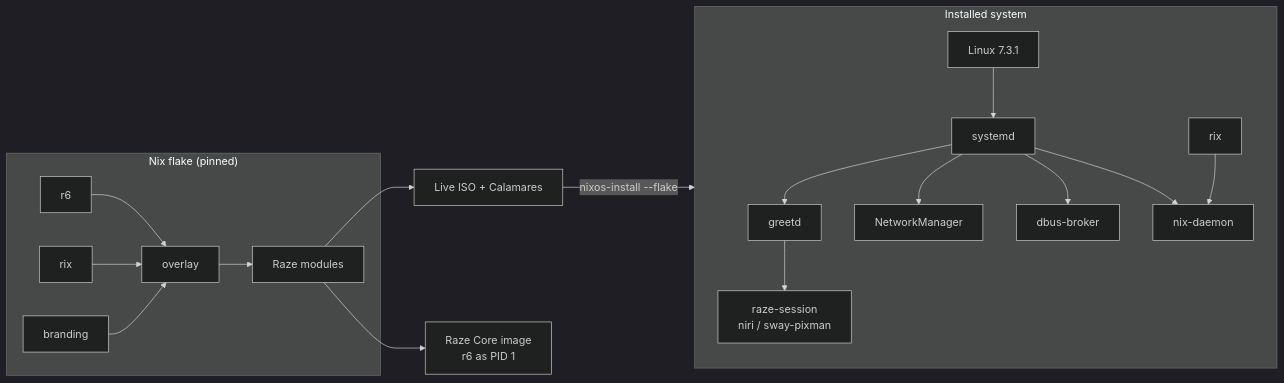
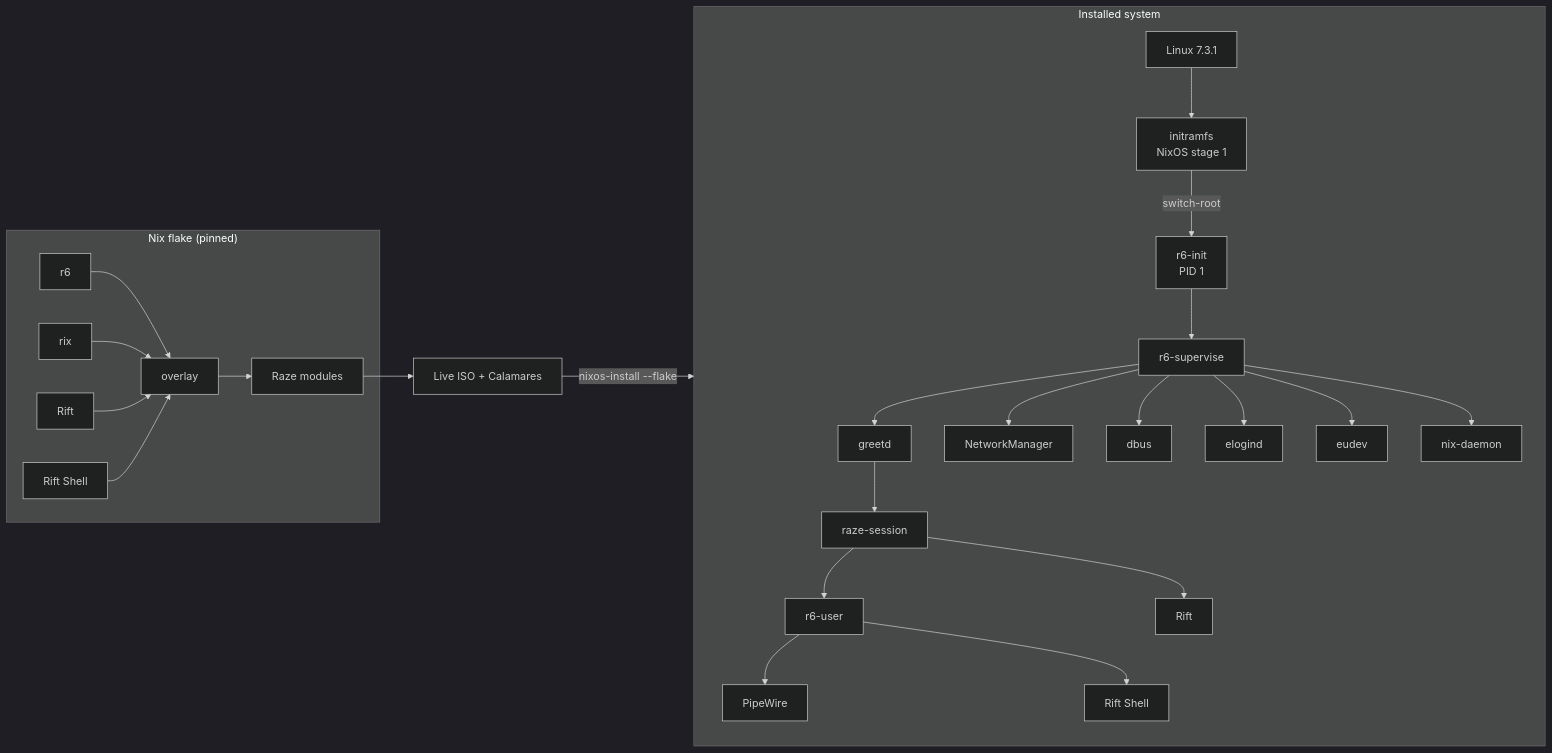
The diagram in README.md (SwashX-dev/Raze-Linux), drawn with Mermaid (dark theme) before and after one commit. The commit also changed other lines of this file and 6 other files, not shown here.

````diff
--- a/README.md
+++ b/README.md
@@ -84,14 +89,15 @@
 ```mermaid
 flowchart LR
   subgraph Build["Nix flake (pinned)"]
-    r6[r6] & rix[rix] & br[branding] --> ov[overlay] --> mods[Raze modules]
+    r6[r6] & rix[rix] & rift[Rift] & shell[Rift Shell] --> ov[overlay] --> mods[Raze modules]
   end
   mods --> iso[Live ISO + Calamares]
-  mods --> core[Raze Core image<br/>r6 as PID 1]
   iso -->|nixos-install --flake| sys
   subgraph sys["Installed system"]
-    k[Linux 7.3.1] --> sd[systemd] --> gd[greetd] --> rs[raze-session<br/>niri / sway-pixman]
-    sd --> nm[NetworkManager] & db[dbus-broker] & nd[nix-daemon]
-    rixc[rix] --> nd
+    k[Linux 7.3.1] --> ini[initramfs<br/>NixOS stage 1] -->|switch-root| r6i[r6-init<br/>PID 1]
+    r6i --> r6s[r6-supervise] --> gd[greetd] --> rs[raze-session]
+    r6s --> nm[NetworkManager] & db[dbus] & el[elogind] & ud[eudev] & nd[nix-daemon]
+    rs --> ru[r6-user] --> pw[PipeWire] & sh[Rift Shell]
+    rs --> rf[Rift]
   end
 ```
````
